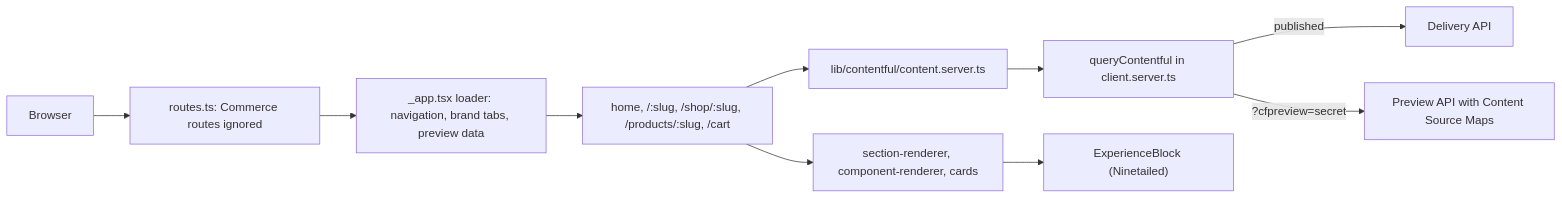
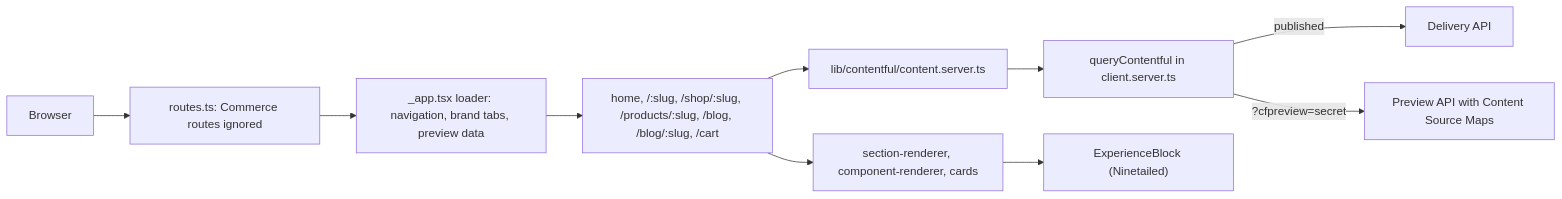
Before and after one commit to uriel-reyes/sfnxt-ctfl-starter: the diagram in docs/README-CONTENTFUL-MIGRATION.md, drawn with Mermaid. The commit also changed other lines of this file and 32 other files, not shown here.

````diff
--- a/docs/README-CONTENTFUL-MIGRATION.md
+++ b/docs/README-CONTENTFUL-MIGRATION.md
@@ -7,12 +7,12 @@
 ```mermaid
 flowchart LR
   Browser --> Router["routes.ts: Commerce routes ignored"]
   Router --> Layout["_app.tsx loader: navigation, brand tabs, preview data"]
-  Layout --> Pages["home, /:slug, /shop/:slug, /products/:slug, /cart"]
+  Layout --> Pages["home, /:slug, /shop/:slug, /products/:slug, /blog, /blog/:slug, /cart"]
   Pages --> Content["lib/contentful/content.server.ts"]
   Content --> Client["queryContentful in client.server.ts"]
   Client -->|published| CDA["Delivery API"]
   Client -->|"?cfpreview=secret"| CPA["Preview API with Content Source Maps"]
   Pages --> Sections["section-renderer, component-renderer, cards"]
   Sections --> Experience["ExperienceBlock (Ninetailed)"]
 ```
````
